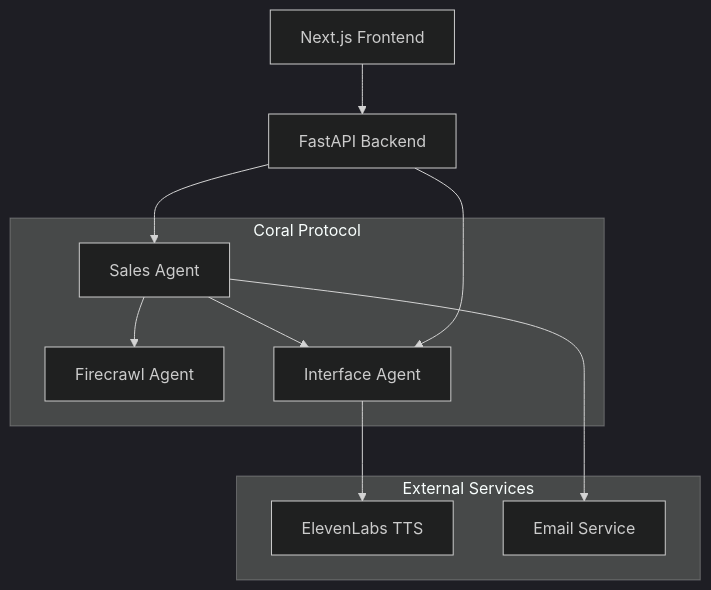
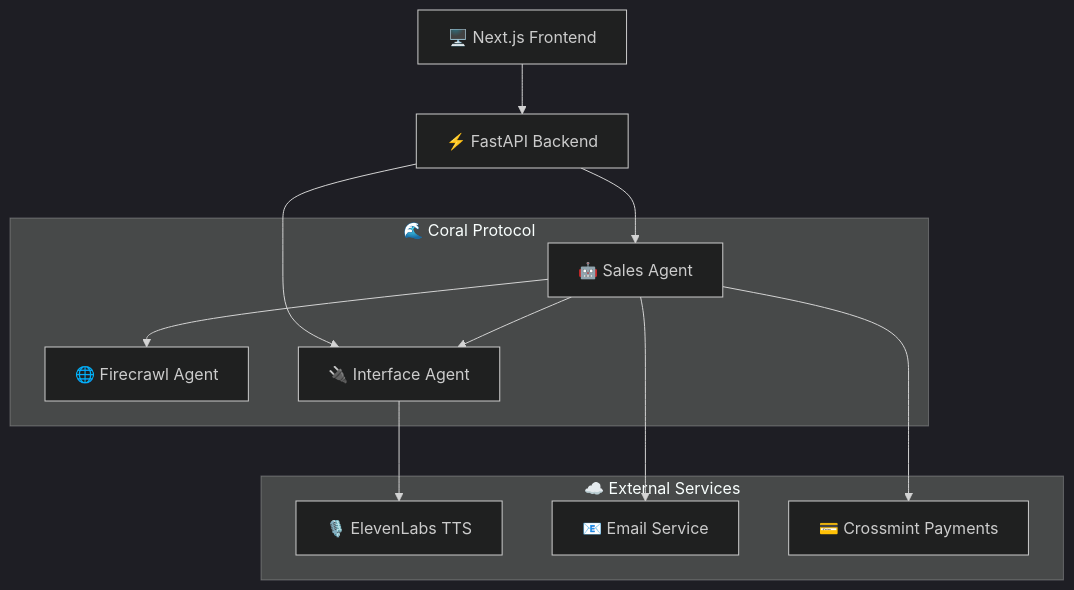
Before and after one commit to samwel-gachiri/digital-sales-agent: the diagram in README.md, drawn with Mermaid (dark theme). The commit also changed other lines of this file and 3 other files, not shown here.

````diff
--- a/README.md
+++ b/README.md
@@ -22,22 +22,25 @@
 ```mermaid
 graph TB
-    UI[Next.js Frontend] --> Backend[FastAPI Backend]
-    Backend --> Sales[Sales Agent]
-    Sales --> Firecrawl[Firecrawl Agent]
-    Sales --> Interface[Interface Agent]
+    UI[🖥️ Next.js Frontend] --> Backend[⚡ FastAPI Backend]
+
+    Backend --> Sales[🤖 Sales Agent]
+    Sales --> Firecrawl[🌐 Firecrawl Agent]
+    Sales --> Interface[🔌 Interface Agent]
     Backend --> Interface
 
-    subgraph "Coral Protocol"
+    subgraph Coral["🌊 Coral Protocol"]
         Sales
         Firecrawl
         Interface
     end
 
-    subgraph "External Services"
-        ElevenLabs[ElevenLabs TTS]
-        SMTP[Email Service]
+    subgraph External["☁️ External Services"]
+        ElevenLabs[🎙️ ElevenLabs TTS]
+        SMTP[📧 Email Service]
+        Crossmint[💳 Crossmint Payments]
     end
 
     Interface --> ElevenLabs
     Sales --> SMTP
+    Sales --> Crossmint
 ```
````
